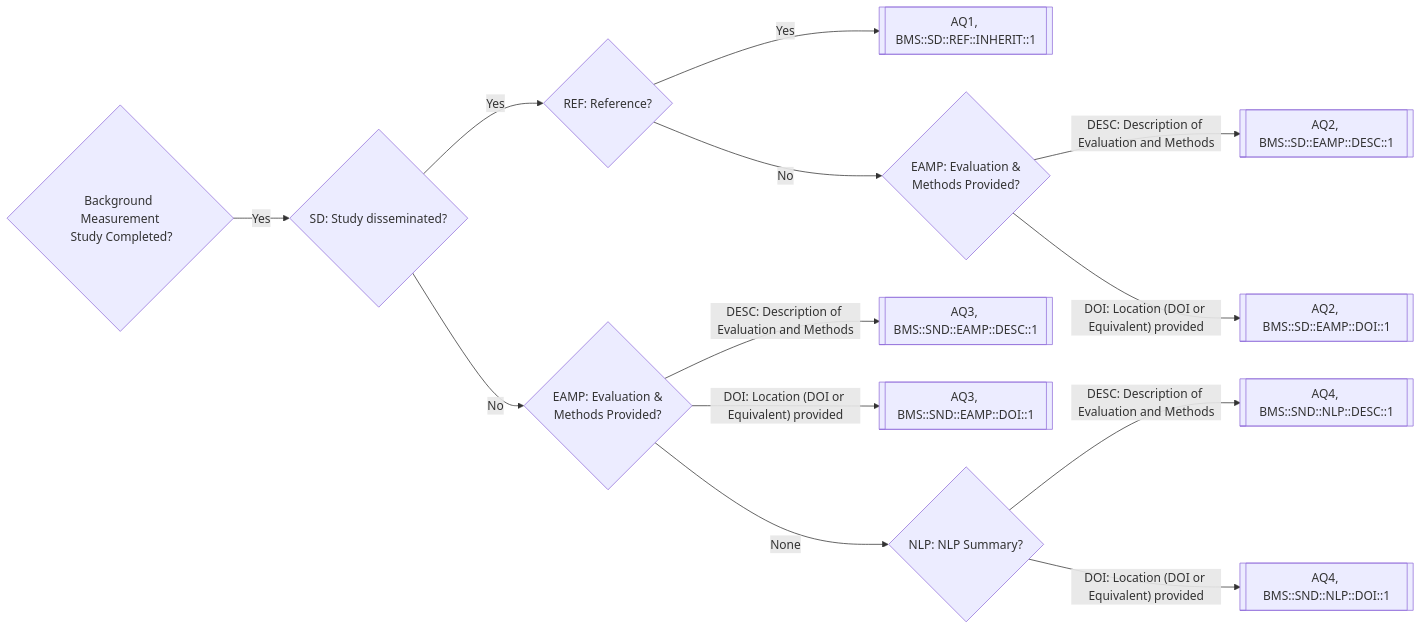
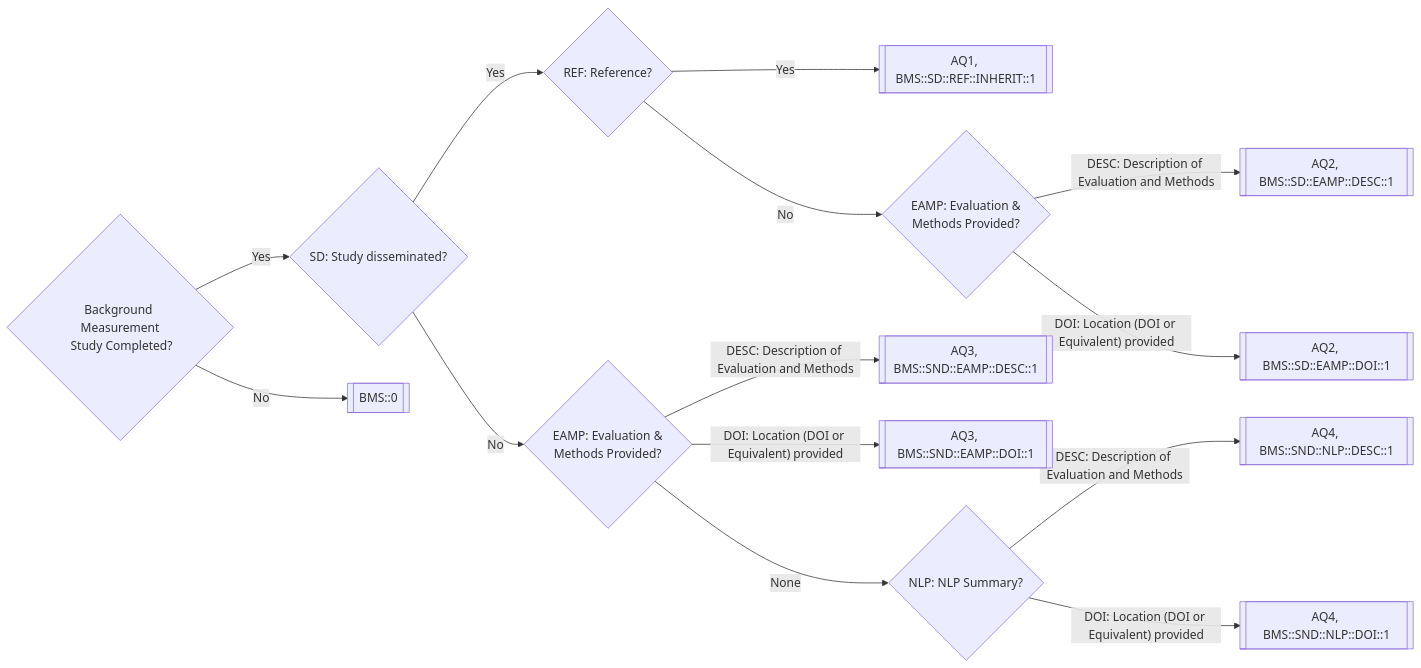
The diagram in README.md (jacobmpeters/NLPReportingMethodologyApp), drawn with Mermaid before and after one commit.

````diff
--- a/README.md
+++ b/README.md
@@ -17,15 +17,16 @@
 ```mermaid
 flowchart LR
-    BMS{Background Measurement\n Study Completed?} -- Yes --> SD
+    BMS{Background Measurement\n Study Completed?} -- Yes --> SD;
     SD{SD: Study disseminated?} -- Yes --> REF{REF: Reference?};
     REF -- Yes --> AQ1[[AQ1, BMS::SD::REF::INHERIT::1]]
     REF -- No --> EM{EAMP: Evaluation &\n Methods Provided?}
     EM -- DESC: Description of Evaluation and Methods --> AQ2_A[[AQ2, BMS::SD::EAMP::DESC::1]]
     EM -- DOI: Location (DOI or Equivalent) provided --> AQ2_B[[AQ2, BMS::SD::EAMP::DOI::1]]
     SD -- No --> EM2{EAMP: Evaluation &\n Methods Provided?}
     EM2 -- DESC: Description of Evaluation and Methods --> AQ3_A[[AQ3, BMS::SND::EAMP::DESC::1]]
     EM2 -- DOI: Location (DOI or Equivalent) provided --> AQ3_B[[AQ3, BMS::SND::EAMP::DOI::1]]
     EM2 -- None --> NLPS{NLP: NLP Summary?}
     NLPS -- DESC: Description of Evaluation and Methods --> AQ4_A[[AQ4, BMS::SND::NLP::DESC::1]]
     NLPS -- DOI: Location (DOI or Equivalent) provided --> AQ4[[AQ4, BMS::SND::NLP::DOI::1]]
+    BMS -- No --> BMS0[[BMS::0]]
 ```
````
